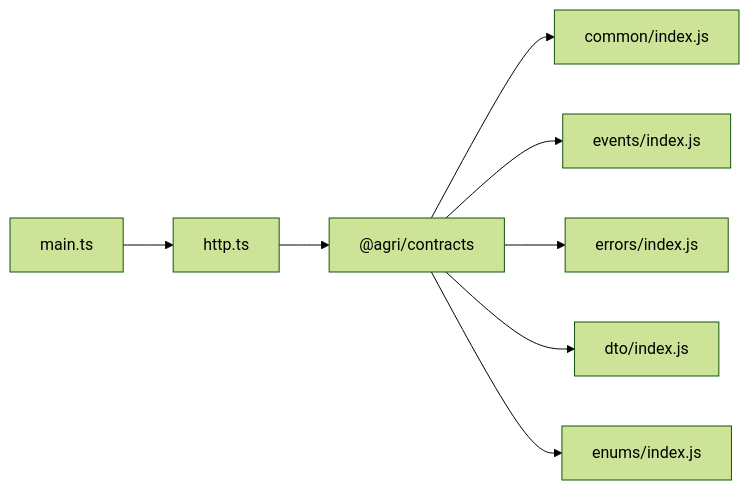
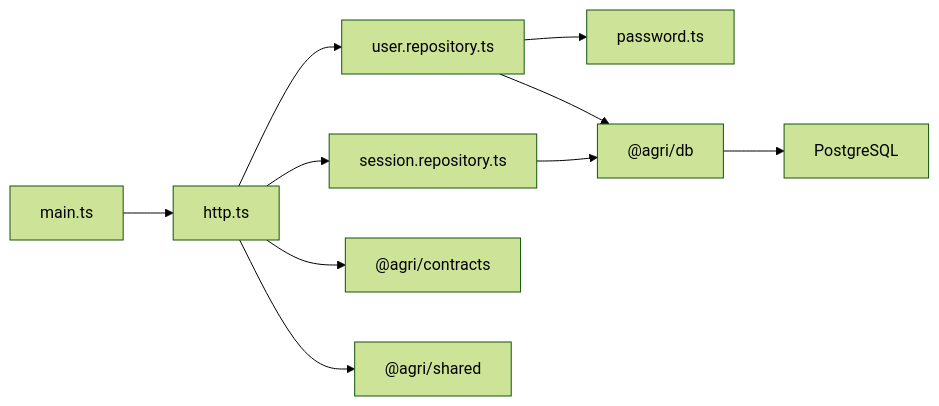
One commit to q446328246/agri-platform changed the seventh of 7 diagrams in .qoder/repowiki/zh/content/核心服务文档/认证授权服务.md. Above: the diagram before and after it, drawn with Mermaid (forest theme). The commit also changed other lines of this file and 84 other files, not shown here.

````diff
--- a/.qoder/repowiki/zh/content/核心服务文档/认证授权服务.md
+++ b/.qoder/repowiki/zh/content/核心服务文档/认证授权服务.md
@@ -317,10 +363,12 @@
 ```mermaid
 graph LR
 Main["main.ts"] --> Http["http.ts"]
+Http --> UserRepo["user.repository.ts"]
+Http --> SessionRepo["session.repository.ts"]
+UserRepo --> Password["password.ts"]
 Http --> Contracts["@agri/contracts"]
-Contracts --> Common["common/index.js"]
-Contracts --> Events["events/index.js"]
-Contracts --> Errors["errors/index.js"]
-Contracts --> DTO["dto/index.js"]
-Contracts --> Enums["enums/index.js"]
+Http --> Shared["@agri/shared"]
+UserRepo --> DB["@agri/db"]
+SessionRepo --> DB
+DB --> Postgres["PostgreSQL"]
 ```
````
